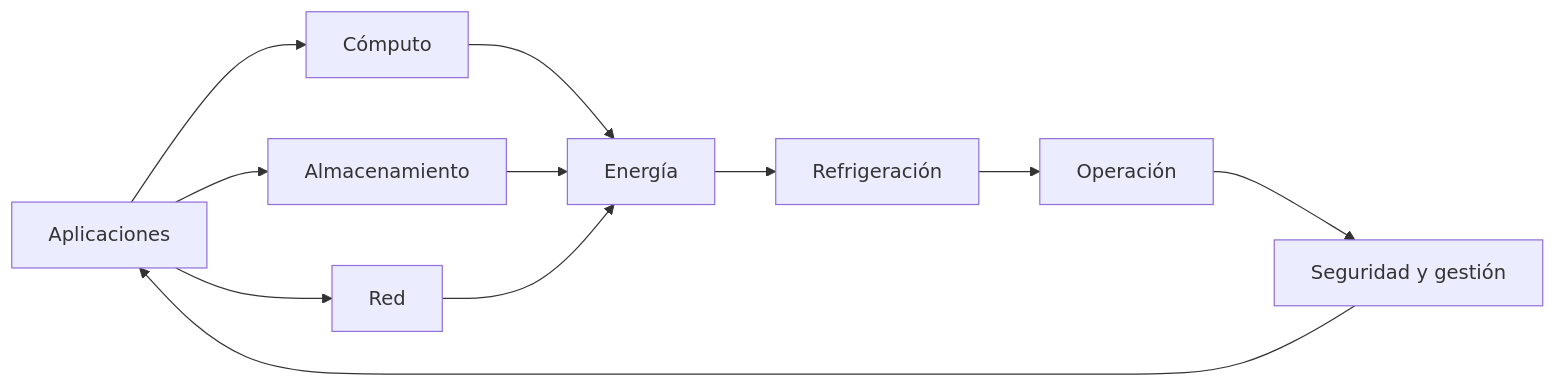
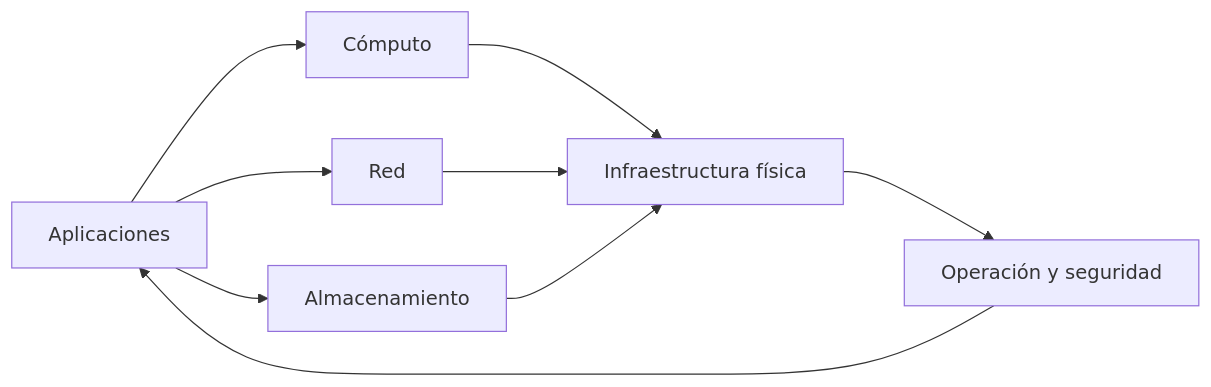
The first of 6 diagrams in slides.md (aramirezdr/slides-redes-de-datos), drawn with Mermaid before and after one commit. The commit also changed other lines of this file, not shown here.

````diff
--- a/slides.md
+++ b/slides.md
@@ -127,13 +152,11 @@
 ```mermaid
 flowchart LR
-    A[Aplicaciones] --> B[Cómputo]
-    A --> C[Almacenamiento]
-    A --> D[Red]
-    B --> E[Energía]
-    C --> E
-    D --> E
-    E --> F[Refrigeración]
-    F --> G[Operación]
-    G --> H[Seguridad y gestión]
-    H --> A
+  APP[Aplicaciones] --> CMP[Cómputo]
+  APP --> NET[Red]
+  APP --> STO[Almacenamiento]
+  CMP --> PHY[Infraestructura física]
+  NET --> PHY
+  STO --> PHY
+  PHY --> OPS[Operación y seguridad]
+  OPS --> APP
 ```
````
